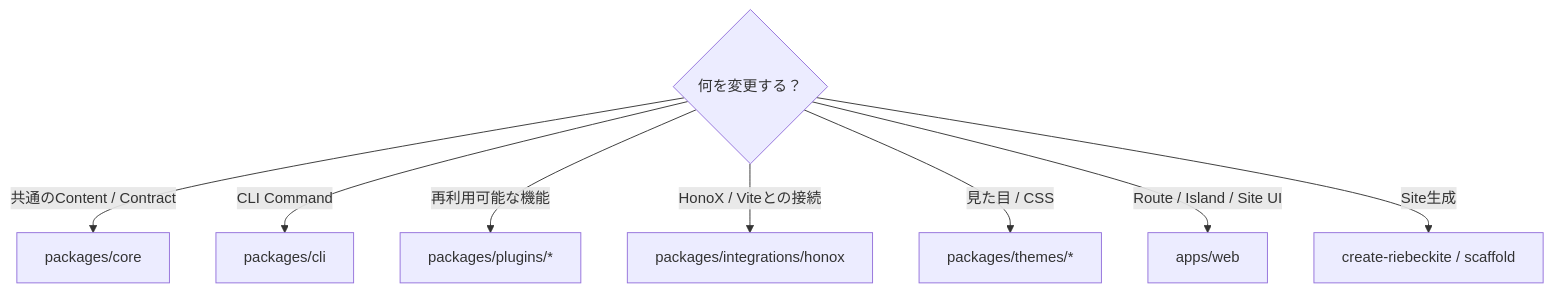
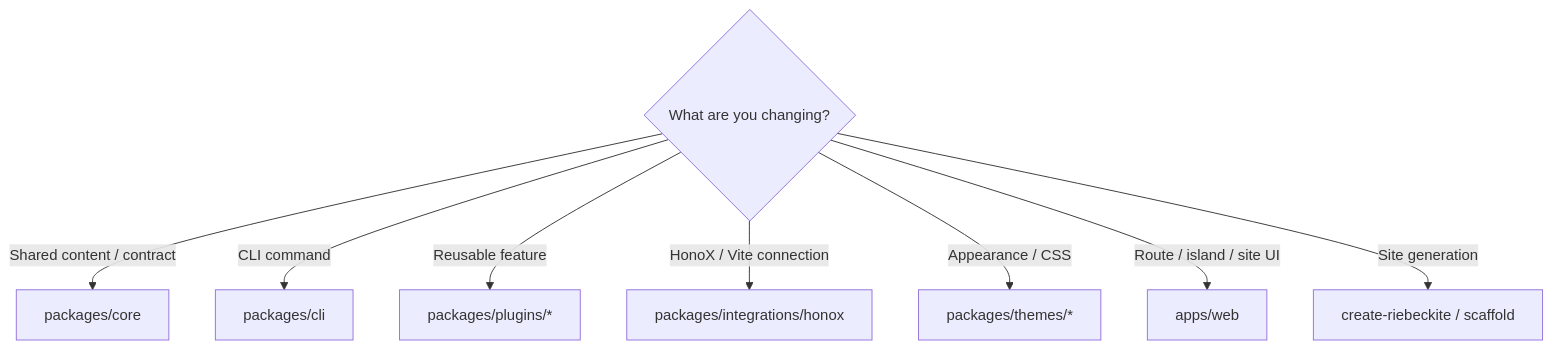
Before and after one commit to Rerurate514/riebeckite: the fourth of 6 diagrams in docs/docs/framework/development.md, drawn with Mermaid. The commit also changed other lines of this file and 604 other files, not shown here.

````diff
--- a/docs/docs/framework/development.md
+++ b/docs/docs/framework/development.md
@@ -185,12 +182,12 @@
-```mermaid id="ud3gdo"
+```mermaid
 flowchart TD
-    Q{"何を変更する？"}
+    Q{"What are you changing?"}
 
-    Q -->|"共通のContent / Contract"| Core["packages/core"]
-    Q -->|"CLI Command"| CLI["packages/cli"]
-    Q -->|"再利用可能な機能"| Plugin["packages/plugins/*"]
-    Q -->|"HonoX / Viteとの接続"| Integration["packages/integrations/honox"]
-    Q -->|"見た目 / CSS"| Theme["packages/themes/*"]
-    Q -->|"Route / Island / Site UI"| App["apps/web"]
-    Q -->|"Site生成"| Scaffold["create-riebeckite / scaffold"]
+    Q -->|"Shared content / contract"| Core["packages/core"]
+    Q -->|"CLI command"| CLI["packages/cli"]
+    Q -->|"Reusable feature"| Plugin["packages/plugins/*"]
+    Q -->|"HonoX / Vite connection"| Integration["packages/integrations/honox"]
+    Q -->|"Appearance / CSS"| Theme["packages/themes/*"]
+    Q -->|"Route / island / site UI"| App["apps/web"]
+    Q -->|"Site generation"| Scaffold["create-riebeckite / scaffold"]
 ```
````
